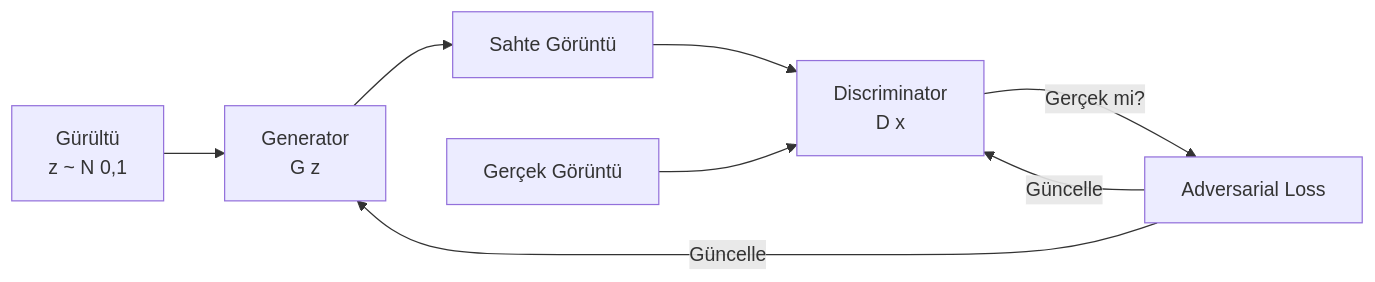
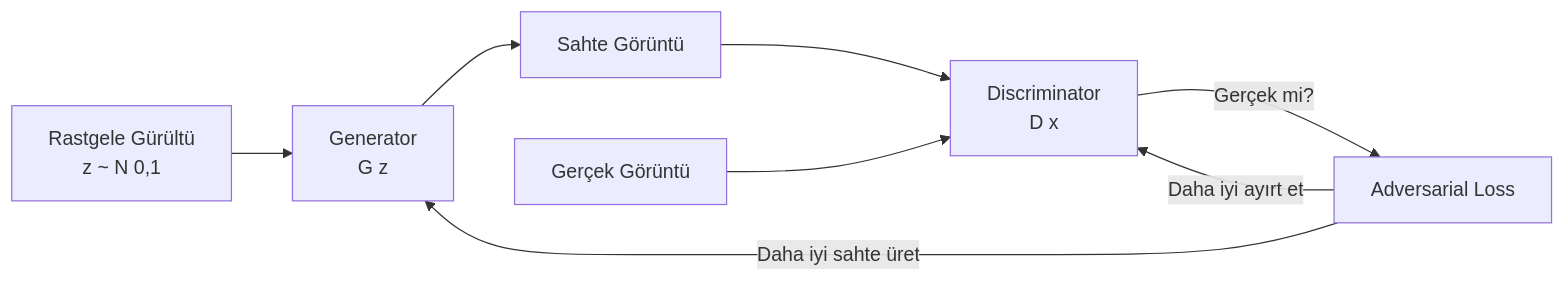
The ninth of 11 diagrams in tech_notebook/docs/md/ai/neural_networks.md (serkanMzlm/EngineeringHub), drawn with Mermaid before and after one commit. The commit also changed other lines of this file and 7 other files, not shown here.

````diff
--- a/tech_notebook/docs/md/ai/neural_networks.md
+++ b/tech_notebook/docs/md/ai/neural_networks.md
@@ -433,10 +419,10 @@
 ```mermaid
 graph LR
-    NOISE[Gürültü\nz ~ N 0,1] --> GEN[Generator\nG z ]
+    NOISE[Rastgele Gürültü\nz ~ N 0,1] --> GEN[Generator\nG z ]
     GEN --> FAKE[Sahte Görüntü]
     REAL[Gerçek Görüntü] --> DISC[Discriminator\nD x ]
     FAKE --> DISC
     DISC -->|Gerçek mi?| LOSS[Adversarial Loss]
-    LOSS -->|Güncelle| GEN
-    LOSS -->|Güncelle| DISC
+    LOSS -->|Daha iyi sahte üret| GEN
+    LOSS -->|Daha iyi ayırt et| DISC
 ```
````
